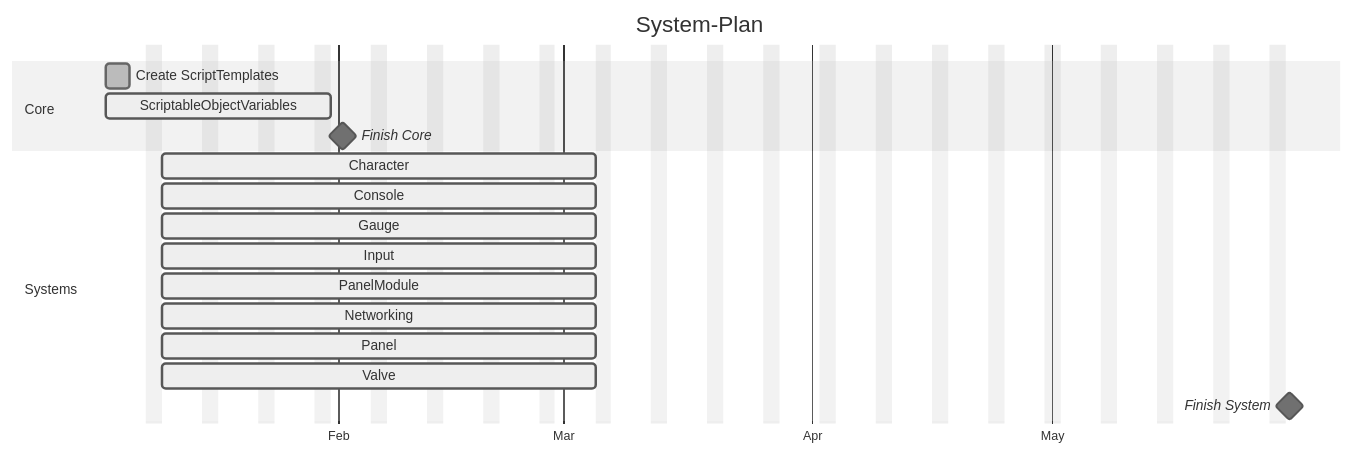
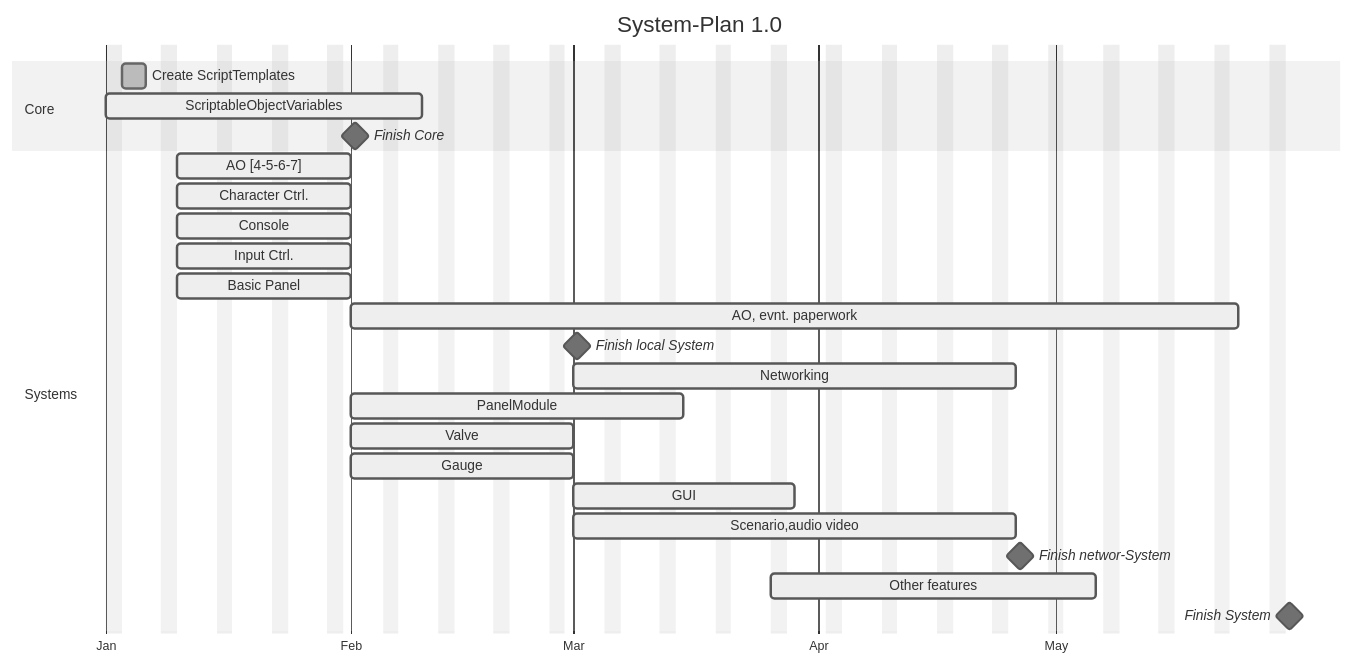
Before and after one commit to Unslinga/DivingEd: the diagram in Documents/SystemPlan.md, drawn with Mermaid (neutral theme). The commit also changed 7 other files, not shown here.

````diff
--- a/Documents/SystemPlan.md
+++ b/Documents/SystemPlan.md
@@ -1,24 +1,31 @@
 ```mermaid
 gantt
     dateFormat  YYYY-MM-DD
     axisFormat  %b
     todayMarker off
-    title       System-Plan
+    title       System-Plan 1.0
     excludes    weekends
 
     section Core
     Create ScriptTemplates      :done, st, 2022-01-03, 3d
-    ScriptableObjectVariables   :active, sv, 2022-01-03, 2022-01-31
+    ScriptableObjectVariables   :active, sv, 2022-01-01, 2022-02-10
     Finish Core                 :milestone, m1, 2022-02-01, 1d
 
     section Systems
-    Character                   :active, ch, 2022-01-10, 40d
-    Console                     :active, co, 2022-01-10, 40d
-    Gauge                       :active, ga, 2022-01-10, 40d
-    Input                       :active, in, 2022-01-10, 40d
-    PanelModule                 :active, pm, 2022-01-10, 40d
-    Networking                  :active, ne, 2022-01-10, 40d
-    Panel                       :active, pa, 2022-01-10, 40d
-    Valve                       :active, va, 2022-01-10, 40d
+    AO [4-5-6-7]                :active, pw, 2022-01-10, 16d
+    Character Ctrl.        :active, ch, 2022-01-10, 16d
+    Console                     :active, co, 2022-01-10, 16d
+    Input Ctrl.            :active, in, 2022-01-10, 16d
+    Basic Panel                 :active, pa, 2022-01-10, 16d
+    AO, evnt. paperwork         :active, pw, 2022-02-01, 80d
+    Finish local System         :milestone, m2, 2022-03-01, 1d
+    Networking                  :active, ne, 2022-03-01, 40d
+    PanelModule                 :active, pm, 2022-02-01, 30d
+    Valve                       :active, va, 2022-02-01, 20d
+    Gauge                       :active, ga, 2022-02-01, 20d
+    GUI                         :active, gu, 2022-03-01, 20d
+    Scenario,audio video         :active, av, 2022-03-01, 40d
+    Finish networ-System        :milestone, m2, 2022-04-26, 1d
+    Other features              :active, va, 2022-03-26, 30d
     Finish System               :milestone, m2, 2022-05-30, 1d
 ```
````
